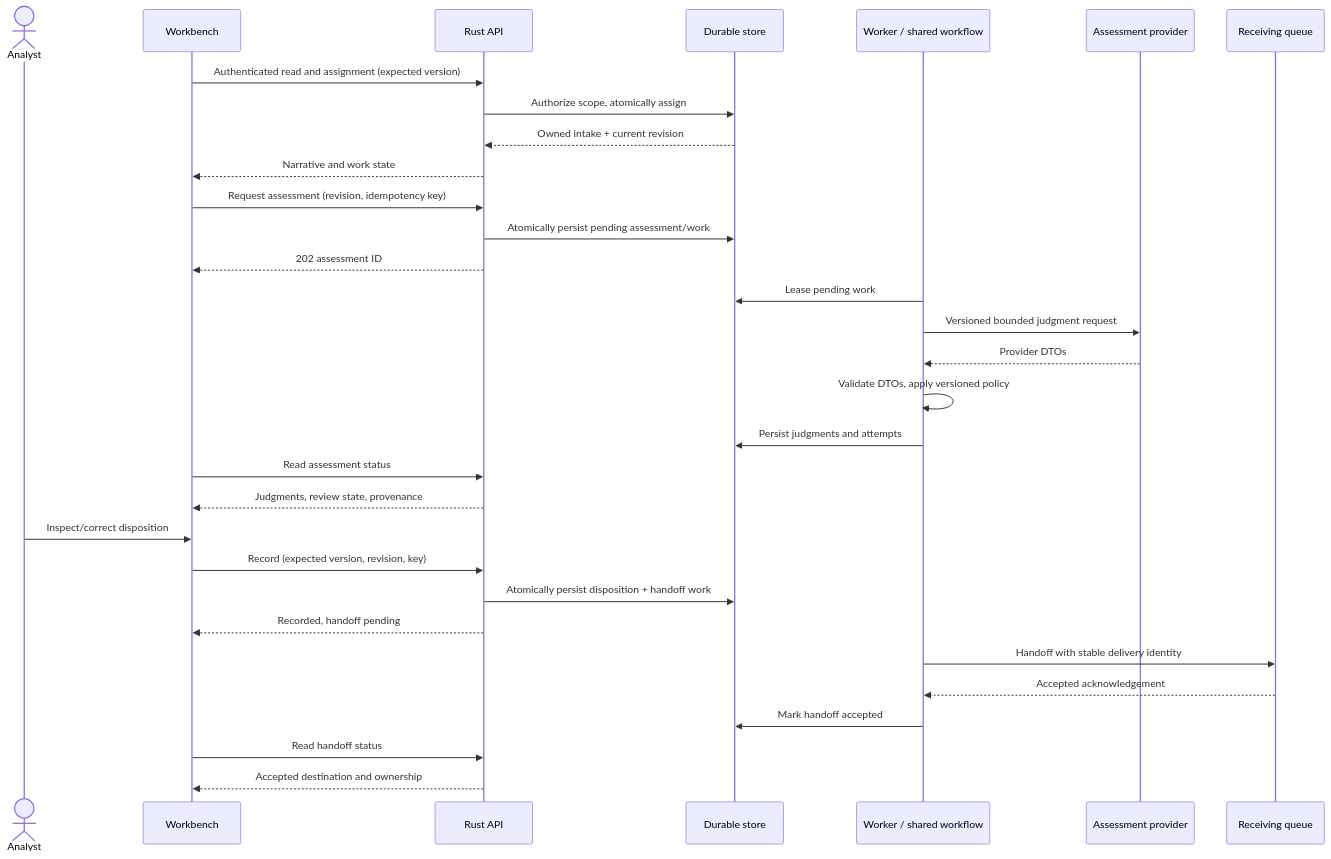
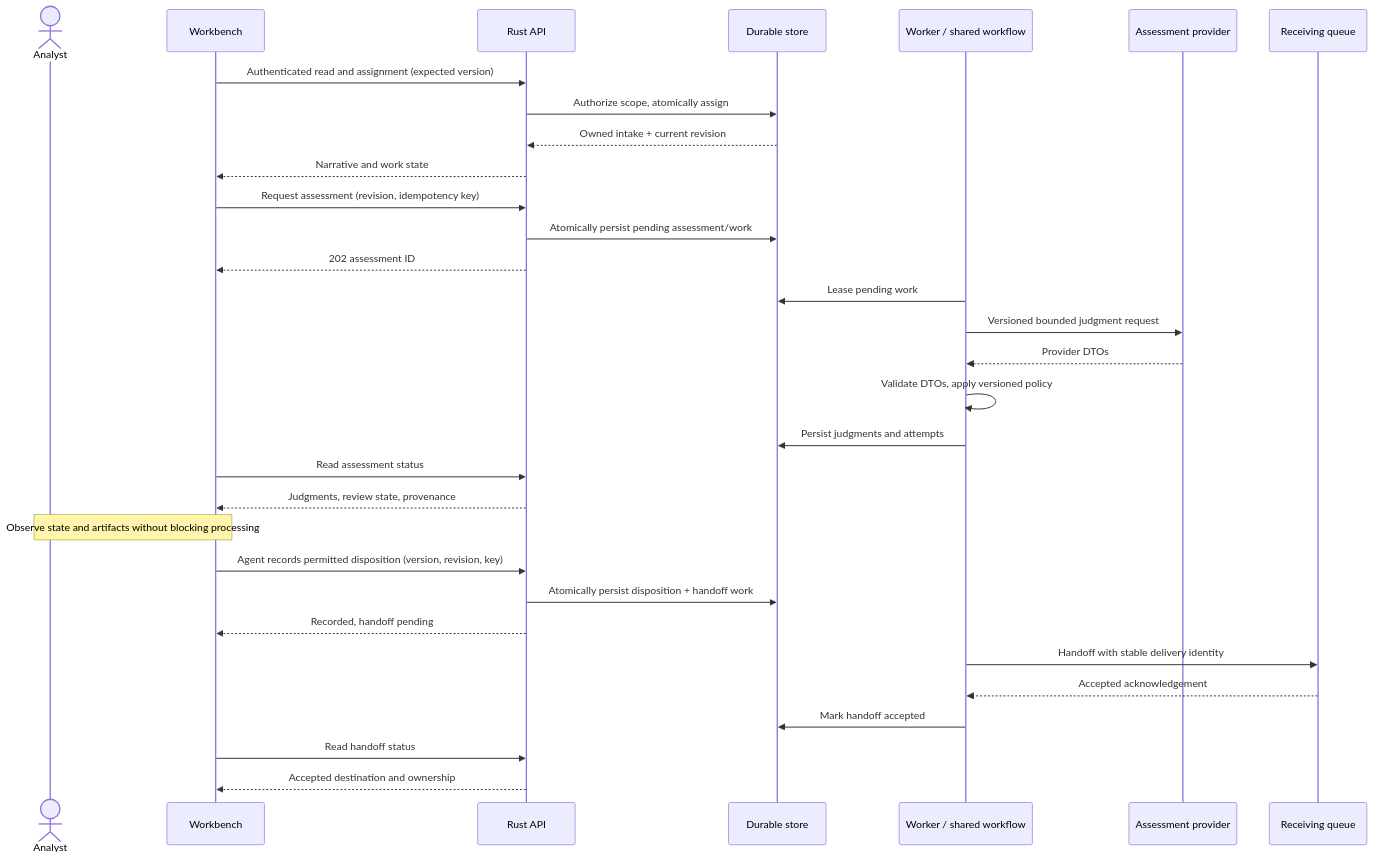
One commit to niksacdev/jev-sample changed the third of 5 diagrams in docs/system-design.md. Above: the diagram before and after it, drawn with Mermaid. The commit also changed other lines of this file and 2 other files, not shown here.

````diff
--- a/docs/system-design.md
+++ b/docs/system-design.md
@@ -303,33 +305,33 @@
 ```mermaid
 sequenceDiagram
     actor Analyst
     participant UI as Workbench
     participant API as Rust API
     participant DB as Durable store
     participant W as Worker / shared workflow
     participant P as Assessment provider
     participant Q as Receiving queue
     UI->>API: Authenticated read and assignment (expected version)
     API->>DB: Authorize scope, atomically assign
     DB-->>API: Owned intake + current revision
     API-->>UI: Narrative and work state
     UI->>API: Request assessment (revision, idempotency key)
     API->>DB: Atomically persist pending assessment/work
     API-->>UI: 202 assessment ID
     W->>DB: Lease pending work
     W->>P: Versioned bounded judgment request
     P-->>W: Provider DTOs
     W->>W: Validate DTOs, apply versioned policy
     W->>DB: Persist judgments and attempts
     UI->>API: Read assessment status
     API-->>UI: Judgments, review state, provenance
-    Analyst->>UI: Inspect/correct disposition
-    UI->>API: Record (expected version, revision, key)
+    Note over Analyst,UI: Observe state and artifacts without blocking processing
+    UI->>API: Agent records permitted disposition (version, revision, key)
     API->>DB: Atomically persist disposition + handoff work
     API-->>UI: Recorded, handoff pending
     W->>Q: Handoff with stable delivery identity
     Q-->>W: Accepted acknowledgement
     W->>DB: Mark handoff accepted
     UI->>API: Read handoff status
     API-->>UI: Accepted destination and ownership
 ```
````
